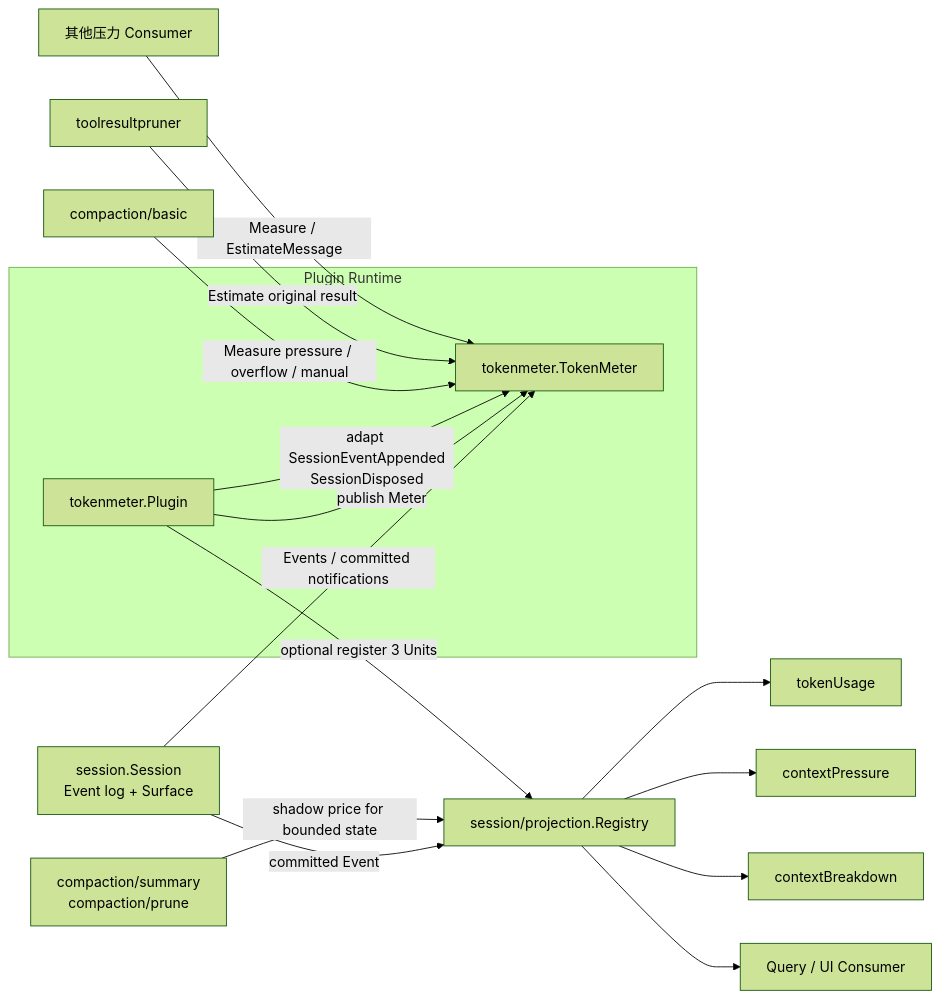
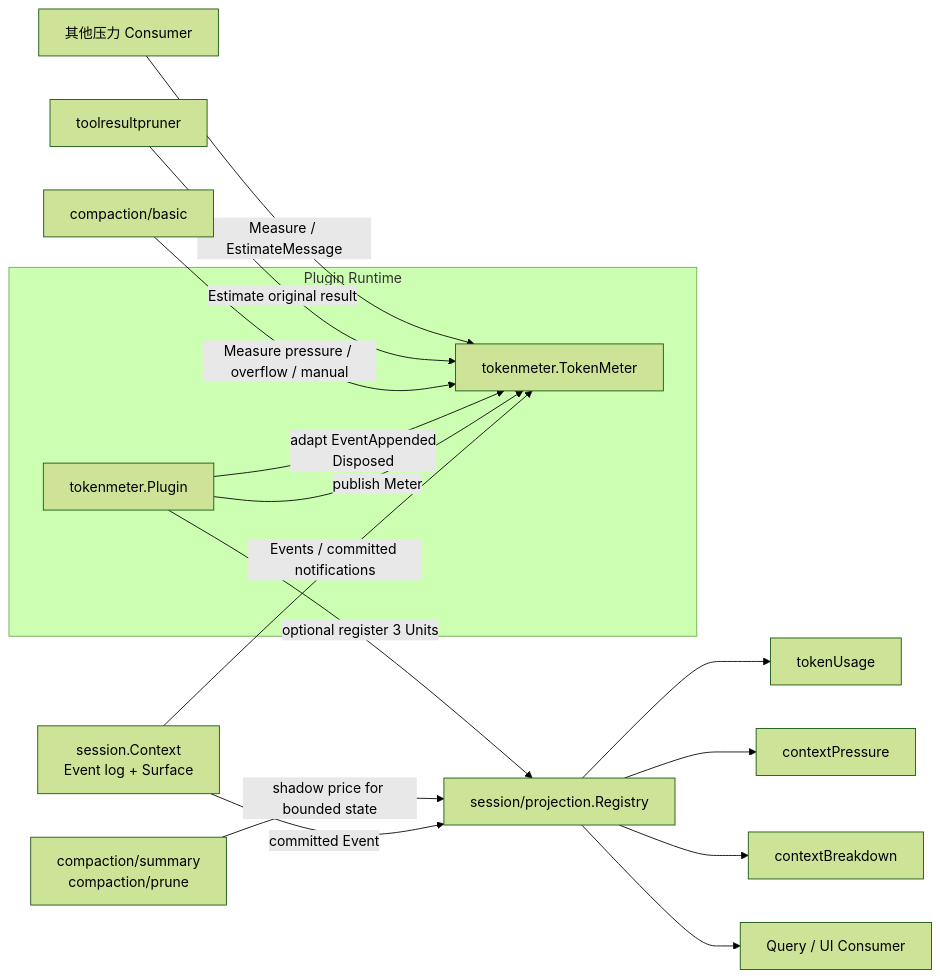
The first of 4 diagrams in llm/tokenmeter/README.zh-CN.md (gorenx/goren), drawn with Mermaid (forest theme) before and after one commit. The commit also changed other lines of this file and 20 other files, not shown here.

Commit message:
docs(session): document coordinated write architecture

````diff
--- a/llm/tokenmeter/README.zh-CN.md
+++ b/llm/tokenmeter/README.zh-CN.md
@@ -42,24 +42,24 @@
 ```mermaid
 flowchart LR
     subgraph Runtime[Plugin Runtime]
         TP[tokenmeter.Plugin]
         TM[tokenmeter.TokenMeter]
     end
 
-    SESSION[session.Session<br/>Event log + Surface] -->|Events / committed notifications| TM
+    SESSION[session.Context<br/>Event log + Surface] -->|Events / committed notifications| TM
     TP -->|publish Meter| TM
-    TP -->|adapt SessionEventAppended<br/>SessionDisposed| TM
+    TP -->|adapt EventAppended<br/>Disposed| TM
 
     BASIC[compaction/basic] -->|Measure pressure / overflow / manual| TM
     PRUNER[toolresultpruner] -->|Estimate original result| TM
     OTHER[其他压力 Consumer] -->|Measure / EstimateMessage| TM
 
     TP -->|optional register 3 Units| REG[session/projection.Registry]
     SESSION -->|committed Event| REG
     REG --> USAGE[tokenUsage]
     REG --> PRESSURE[contextPressure]
     REG --> BREAKDOWN[contextBreakdown]
     REG --> QUERY[Query / UI Consumer]
 
     SUMMARY[compaction/summary<br/>compaction/prune] -->|shadow price for bounded state| REG
 ```
````
